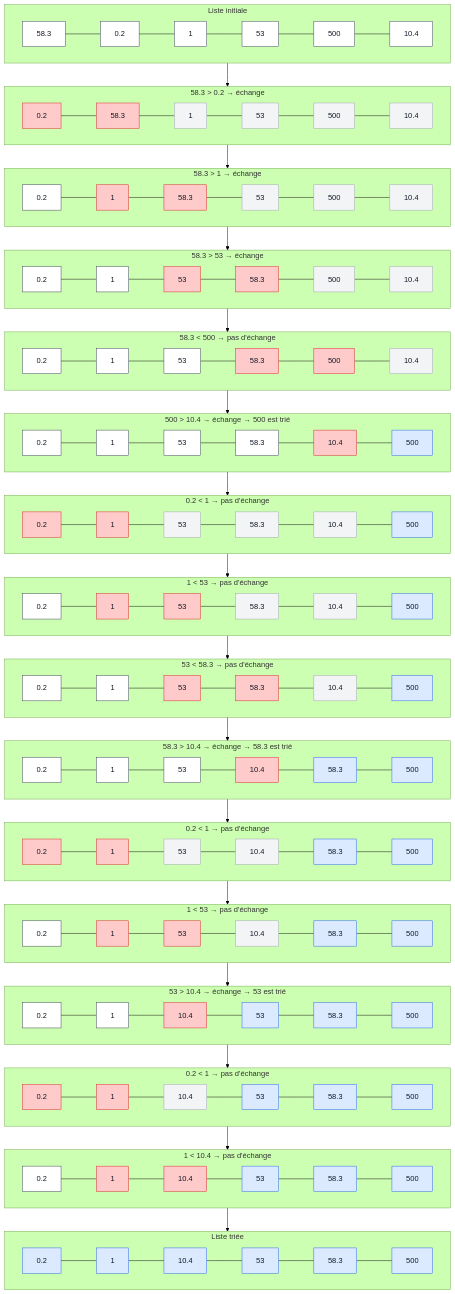
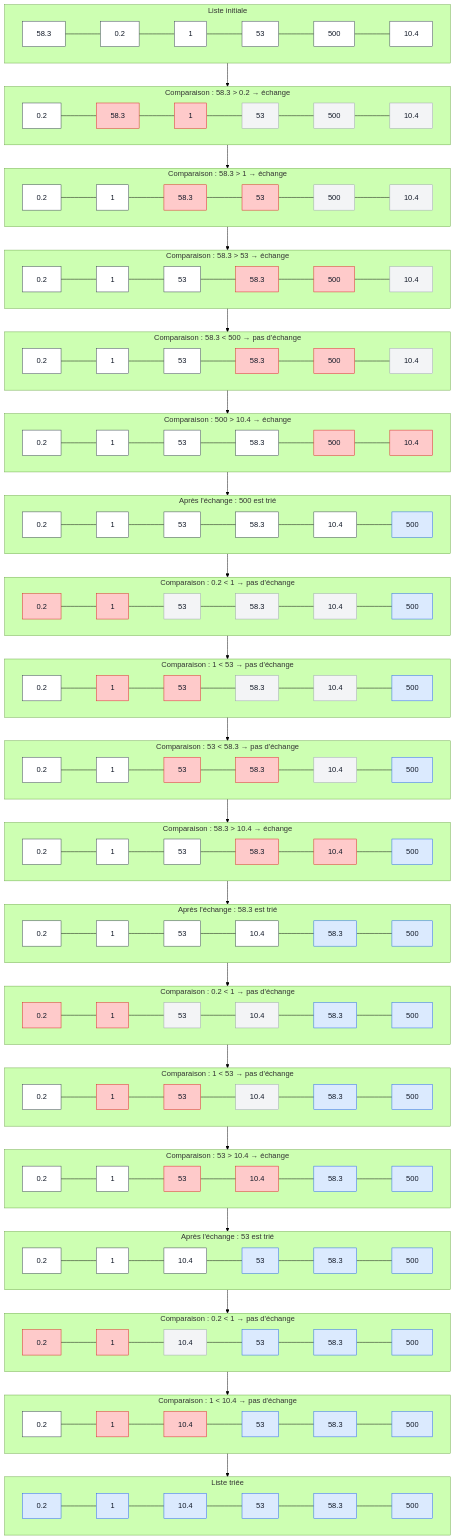
Before and after one commit to Ogust1-off/Informatique: the third of 3 diagrams in cours.md, drawn with Mermaid (forest theme). The commit also changed other lines of this file, not shown here.

````diff
--- a/cours.md
+++ b/cours.md
@@ -966,99 +966,128 @@
 classDef selected fill:#fecaca,stroke:#dc2626,color:#111827;
 classDef unsorted fill:#f3f4f6,stroke:#9ca3af,color:#111827;
 
-%% ─────────────── LISTE INITIALE ───────────────
+%% =========================================================
+%% LISTE INITIALE
+%% =========================================================
 
 subgraph S0["Liste initiale"]
 direction LR
 s0a["58.3"]:::normal --- s0b["0.2"]:::normal --- s0c["1"]:::normal --- s0d["53"]:::normal --- s0e["500"]:::normal --- s0f["10.4"]:::normal
 end
 
-%% ─────────────── PASSAGE 1 ───────────────
+%% =========================================================
+%% PASSAGE 1
+%% =========================================================
 
-subgraph S1["58.3 > 0.2 → échange"]
+subgraph S1["Comparaison : 58.3 > 0.2 → échange"]
 direction LR
-s1a["0.2"]:::selected --- s1b["58.3"]:::selected --- s1c["1"]:::unsorted --- s1d["53"]:::unsorted --- s1e["500"]:::unsorted --- s1f["10.4"]:::unsorted
+s1a["0.2"]:::normal --- s1b["58.3"]:::selected --- s1c["1"]:::selected --- s1d["53"]:::unsorted --- s1e["500"]:::unsorted --- s1f["10.4"]:::unsorted
 end
 
-subgraph S2["58.3 > 1 → échange"]
+subgraph S2["Comparaison : 58.3 > 1 → échange"]
 direction LR
-s2a["0.2"]:::normal --- s2b["1"]:::selected --- s2c["58.3"]:::selected --- s2d["53"]:::unsorted --- s2e["500"]:::unsorted --- s2f["10.4"]:::unsorted
+s2a["0.2"]:::normal --- s2b["1"]:::normal --- s2c["58.3"]:::selected --- s2d["53"]:::selected --- s2e["500"]:::unsorted --- s2f["10.4"]:::unsorted
 end
 
-subgraph S3["58.3 > 53 → échange"]
+subgraph S3["Comparaison : 58.3 > 53 → échange"]
 direction LR
-s3a["0.2"]:::normal --- s3b["1"]:::normal --- s3c["53"]:::selected --- s3d["58.3"]:::selected --- s3e["500"]:::unsorted --- s3f["10.4"]:::unsorted
+s3a["0.2"]:::normal --- s3b["1"]:::normal --- s3c["53"]:::normal --- s3d["58.3"]:::selected --- s3e["500"]:::selected --- s3f["10.4"]:::unsorted
 end
 
-subgraph S4["58.3 < 500 → pas d'échange"]
+subgraph S4["Comparaison : 58.3 < 500 → pas d'échange"]
 direction LR
 s4a["0.2"]:::normal --- s4b["1"]:::normal --- s4c["53"]:::normal --- s4d["58.3"]:::selected --- s4e["500"]:::selected --- s4f["10.4"]:::unsorted
 end
 
-subgraph S5["500 > 10.4 → échange → 500 est trié"]
+subgraph S5["Comparaison : 500 > 10.4 → échange"]
 direction LR
-s5a["0.2"]:::normal --- s5b["1"]:::normal --- s5c["53"]:::normal --- s5d["58.3"]:::normal --- s5e["10.4"]:::selected --- s5f["500"]:::sorted
+s5a["0.2"]:::normal --- s5b["1"]:::normal --- s5c["53"]:::normal --- s5d["58.3"]:::normal --- s5e["500"]:::selected --- s5f["10.4"]:::selected
 end
 
-%% ─────────────── PASSAGE 2 ───────────────
-
-subgraph S6["0.2 < 1 → pas d'échange"]
+subgraph S6["Après l'échange : 500 est trié"]
 direction LR
-s6a["0.2"]:::selected --- s6b["1"]:::selected --- s6c["53"]:::unsorted --- s6d["58.3"]:::unsorted --- s6e["10.4"]:::unsorted --- s6f["500"]:::sorted
+s6a["0.2"]:::normal --- s6b["1"]:::normal --- s6c["53"]:::normal --- s6d["58.3"]:::normal --- s6e["10.4"]:::normal --- s6f["500"]:::sorted
 end
 
-subgraph S7["1 < 53 → pas d'échange"]
+%% =========================================================
+%% PASSAGE 2
+%% =========================================================
+
+subgraph S7["Comparaison : 0.2 < 1 → pas d'échange"]
 direction LR
-s7a["0.2"]:::normal --- s7b["1"]:::selected --- s7c["53"]:::selected --- s7d["58.3"]:::unsorted --- s7e["10.4"]:::unsorted --- s7f["500"]:::sorted
+s7a["0.2"]:::selected --- s7b["1"]:::selected --- s7c["53"]:::unsorted --- s7d["58.3"]:::unsorted --- s7e["10.4"]:::unsorted --- s7f["500"]:::sorted
 end
 
-subgraph S8["53 < 58.3 → pas d'échange"]
+subgraph S8["Comparaison : 1 < 53 → pas d'échange"]
 direction LR
-s8a["0.2"]:::normal --- s8b["1"]:::normal --- s8c["53"]:::selected --- s8d["58.3"]:::selected --- s8e["10.4"]:::unsorted --- s8f["500"]:::sorted
+s8a["0.2"]:::normal --- s8b["1"]:::selected --- s8c["53"]:::selected --- s8d["58.3"]:::unsorted --- s8e["10.4"]:::unsorted --- s8f["500"]:::sorted
 end
 
-subgraph S9["58.3 > 10.4 → échange → 58.3 est trié"]
+subgraph S9["Comparaison : 53 < 58.3 → pas d'échange"]
 direction LR
-s9a["0.2"]:::normal --- s9b["1"]:::normal --- s9c["53"]:::normal --- s9d["10.4"]:::selected --- s9e["58.3"]:::sorted --- s9f["500"]:::sorted
+s9a["0.2"]:::normal --- s9b["1"]:::normal --- s9c["53"]:::selected --- s9d["58.3"]:::selected --- s9e["10.4"]:::unsorted --- s9f["500"]:::sorted
 end
 
-%% ─────────────── PASSAGE 3 ───────────────
-
-subgraph S10["0.2 < 1 → pas d'échange"]
+subgraph S10["Comparaison : 58.3 > 10.4 → échange"]
 direction LR
-s10a["0.2"]:::selected --- s10b["1"]:::selected --- s10c["53"]:::unsorted --- s10d["10.4"]:::unsorted --- s10e["58.3"]:::sorted --- s10f["500"]:::sorted
+s10a["0.2"]:::normal --- s10b["1"]:::normal --- s10c["53"]:::normal --- s10d["58.3"]:::selected --- s10e["10.4"]:::selected --- s10f["500"]:::sorted
 end
 
-subgraph S11["1 < 53 → pas d'échange"]
+subgraph S11["Après l'échange : 58.3 est trié"]
 direction LR
-s11a["0.2"]:::normal --- s11b["1"]:::selected --- s11c["53"]:::selected --- s11d["10.4"]:::unsorted --- s11e["58.3"]:::sorted --- s11f["500"]:::sorted
+s11a["0.2"]:::normal --- s11b["1"]:::normal --- s11c["53"]:::normal --- s11d["10.4"]:::normal --- s11e["58.3"]:::sorted --- s11f["500"]:::sorted
 end
 
-subgraph S12["53 > 10.4 → échange → 53 est trié"]
+%% =========================================================
+%% PASSAGE 3
+%% =========================================================
+
+subgraph S12["Comparaison : 0.2 < 1 → pas d'échange"]
 direction LR
-s12a["0.2"]:::normal --- s12b["1"]:::normal --- s12c["10.4"]:::selected --- s12d["53"]:::sorted --- s12e["58.3"]:::sorted --- s12f["500"]:::sorted
+s12a["0.2"]:::selected --- s12b["1"]:::selected --- s12c["53"]:::unsorted --- s12d["10.4"]:::unsorted --- s12e["58.3"]:::sorted --- s12f["500"]:::sorted
 end
 
-%% ─────────────── PASSAGE 4 ───────────────
-
-subgraph S13["0.2 < 1 → pas d'échange"]
+subgraph S13["Comparaison : 1 < 53 → pas d'échange"]
 direction LR
-s13a["0.2"]:::selected --- s13b["1"]:::selected --- s13c["10.4"]:::unsorted --- s13d["53"]:::sorted --- s13e["58.3"]:::sorted --- s13f["500"]:::sorted
+s13a["0.2"]:::normal --- s13b["1"]:::selected --- s13c["53"]:::selected --- s13d["10.4"]:::unsorted --- s13e["58.3"]:::sorted --- s13f["500"]:::sorted
 end
 
-subgraph S14["1 < 10.4 → pas d'échange"]
+subgraph S14["Comparaison : 53 > 10.4 → échange"]
 direction LR
-s14a["0.2"]:::normal --- s14b["1"]:::selected --- s14c["10.4"]:::selected --- s14d["53"]:::sorted --- s14e["58.3"]:::sorted --- s14f["500"]:::sorted
+s14a["0.2"]:::normal --- s14b["1"]:::normal --- s14c["53"]:::selected --- s14d["10.4"]:::selected --- s14e["58.3"]:::sorted --- s14f["500"]:::sorted
 end
 
-%% ─────────────── RÉSULTAT ───────────────
-
-subgraph S15["Liste triée"]
+subgraph S15["Après l'échange : 53 est trié"]
 direction LR
-s15a["0.2"]:::sorted --- s15b["1"]:::sorted --- s15c["10.4"]:::sorted --- s15d["53"]:::sorted --- s15e["58.3"]:::sorted --- s15f["500"]:::sorted
+s15a["0.2"]:::normal --- s15b["1"]:::normal --- s15c["10.4"]:::normal --- s15d["53"]:::sorted --- s15e["58.3"]:::sorted --- s15f["500"]:::sorted
 end
 
-%% ─────────────── FLÈCHES ───────────────
+%% =========================================================
+%% PASSAGE 4
+%% =========================================================
+
+subgraph S16["Comparaison : 0.2 < 1 → pas d'échange"]
+direction LR
+s16a["0.2"]:::selected --- s16b["1"]:::selected --- s16c["10.4"]:::unsorted --- s16d["53"]:::sorted --- s16e["58.3"]:::sorted --- s16f["500"]:::sorted
+end
+
+subgraph S17["Comparaison : 1 < 10.4 → pas d'échange"]
+direction LR
+s17a["0.2"]:::normal --- s17b["1"]:::selected --- s17c["10.4"]:::selected --- s17d["53"]:::sorted --- s17e["58.3"]:::sorted --- s17f["500"]:::sorted
+end
+
+%% =========================================================
+%% RÉSULTAT
+%% =========================================================
+
+subgraph S18["Liste triée"]
+direction LR
+s18a["0.2"]:::sorted --- s18b["1"]:::sorted --- s18c["10.4"]:::sorted --- s18d["53"]:::sorted --- s18e["58.3"]:::sorted --- s18f["500"]:::sorted
+end
+
+%% =========================================================
+%% FLÈCHES
+%% =========================================================
 
 S0 --> S1
 S1 --> S2
@@ -1075,5 +1104,8 @@
 S12 --> S13
 S13 --> S14
 S14 --> S15
+S15 --> S16
+S16 --> S17
+S17 --> S18
 
 ```
````
